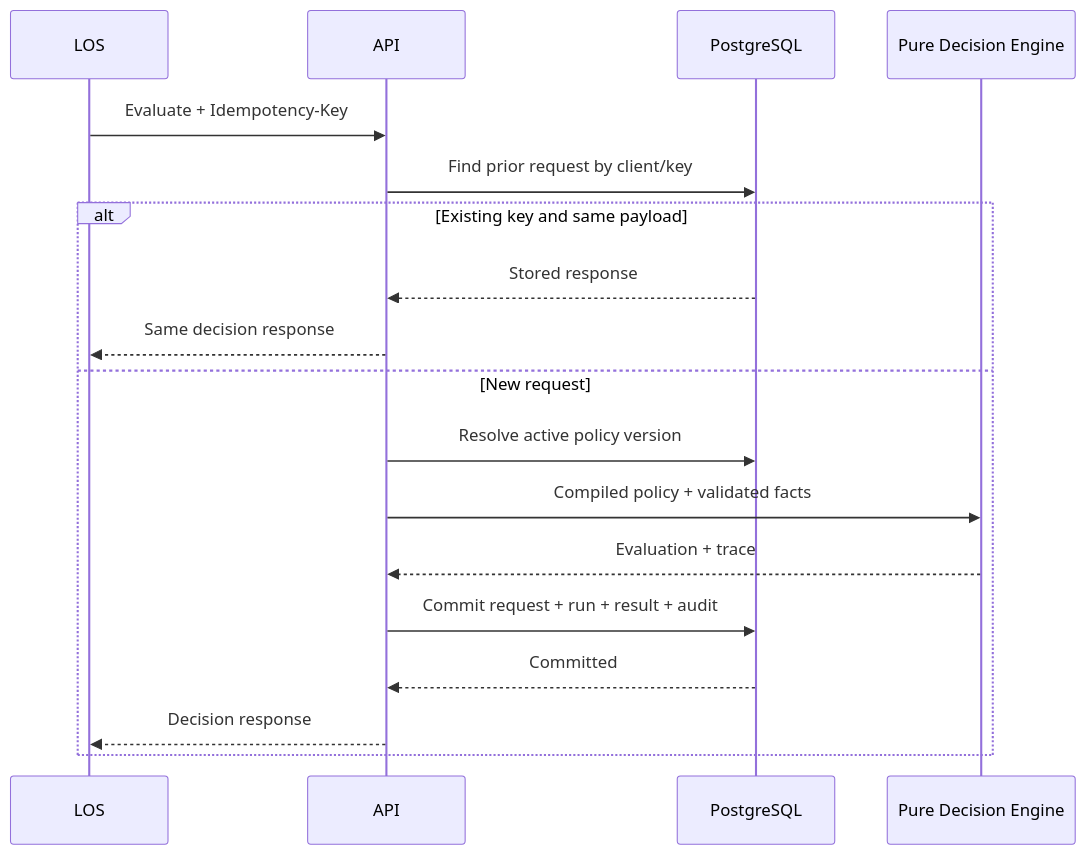
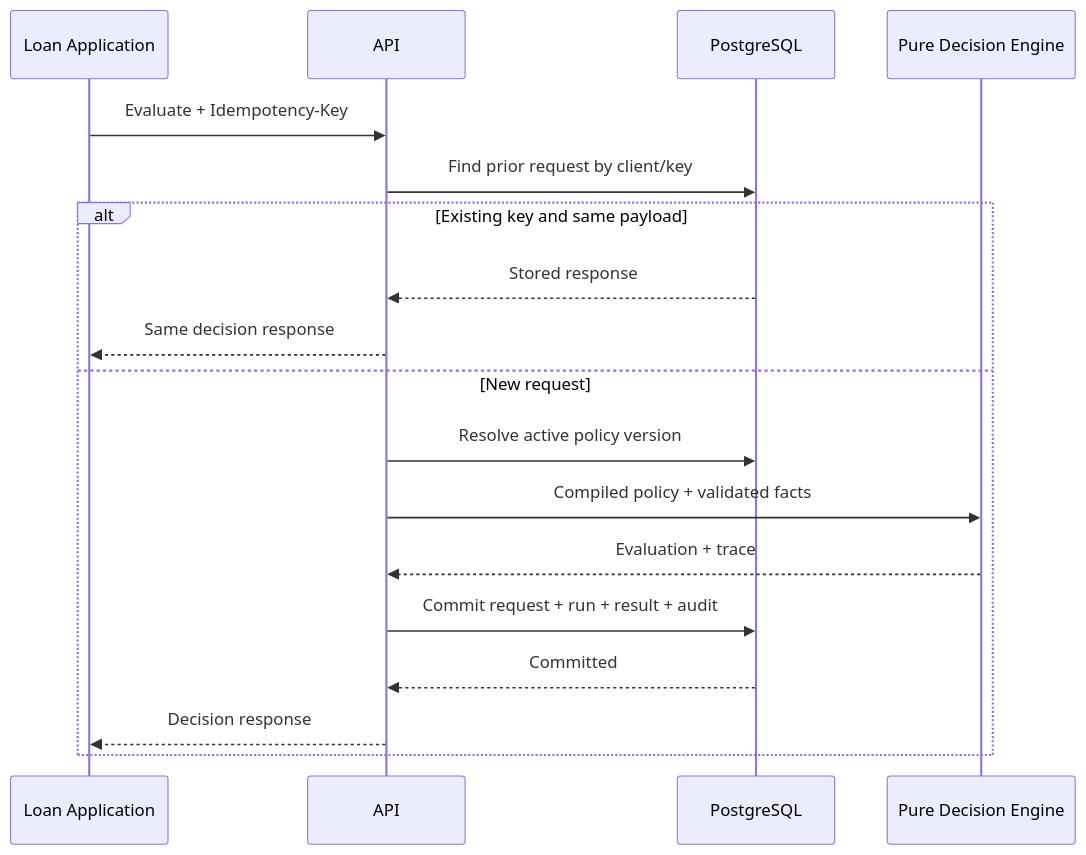
Before and after one commit to lathief/RiskForge: the eighth of 8 diagrams in SYSTEM_DESIGN.md, drawn with Mermaid. The commit also changed other lines of this file and 7 other files, not shown here.

Commit message:
docs: rename LOS to Loan Application (design, demo user demo_loan_application, test fixtures)

````diff
--- a/SYSTEM_DESIGN.md
+++ b/SYSTEM_DESIGN.md
@@ -998,20 +998,20 @@
 ```mermaid
 sequenceDiagram
-  participant LOS
+  participant LoanApp as Loan Application
   participant API
   participant DB as PostgreSQL
   participant Engine as Pure Decision Engine
-  LOS->>API: Evaluate + Idempotency-Key
+  LoanApp->>API: Evaluate + Idempotency-Key
   API->>DB: Find prior request by client/key
   alt Existing key and same payload
     DB-->>API: Stored response
-    API-->>LOS: Same decision response
+    API-->>LoanApp: Same decision response
   else New request
     API->>DB: Resolve active policy version
     API->>Engine: Compiled policy + validated facts
     Engine-->>API: Evaluation + trace
     API->>DB: Commit request + run + result + audit
     DB-->>API: Committed
-    API-->>LOS: Decision response
+    API-->>LoanApp: Decision response
   end
 ```
````
